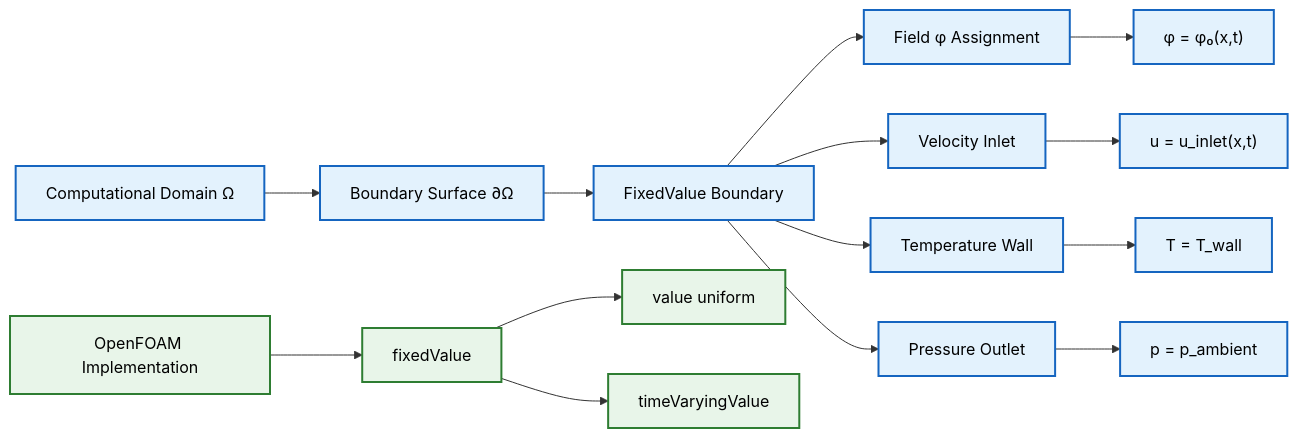
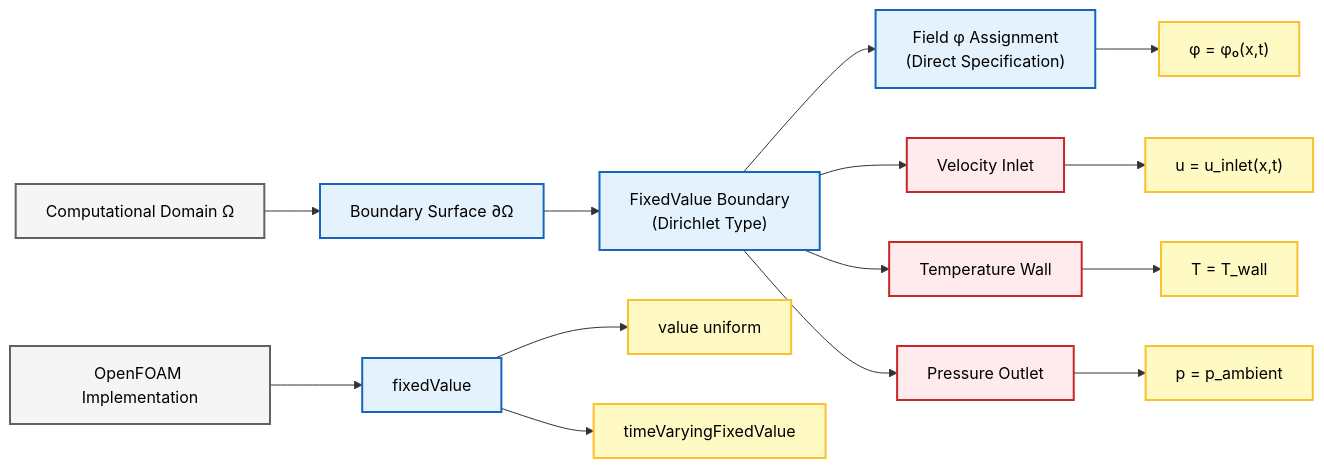
Before and after one commit to wramet/build-my-cfd: the second of 11 diagrams in MODULE_01_CFD_FUNDAMENTALS/CONTENT/03_BOUNDARY_CONDITIONS/02_Fundamental_Classification.md, drawn with Mermaid. The commit also changed other lines of this file and 313 other files, not shown here.

Commit message:
Revise all diagram

````diff
--- a/MODULE_01_CFD_FUNDAMENTALS/CONTENT/03_BOUNDARY_CONDITIONS/02_Fundamental_Classification.md
+++ b/MODULE_01_CFD_FUNDAMENTALS/CONTENT/03_BOUNDARY_CONDITIONS/02_Fundamental_Classification.md
@@ -152,26 +149,25 @@
 ```mermaid
 graph LR
-    A["Computational Domain Ω"] --> B["Boundary Surface ∂Ω"]
-    B --> C["FixedValue Boundary"]
-    C --> D["Field φ Assignment"]
-    D --> E["φ = φ₀(x,t)"]
+A["Computational Domain Ω"]:::context --> B["Boundary Surface ∂Ω"]:::implicit
+B --> C["FixedValue Boundary<br/>(Dirichlet Type)"]:::implicit
+C --> D["Field φ Assignment<br/>(Direct Specification)"]:::implicit
+D --> E["φ = φ₀(x,t)"]:::explicit
 
-    F["Velocity Inlet"] --> G["u = u_inlet(x,t)"]
-    H["Temperature Wall"] --> I["T = T_wall"]
-    J["Pressure Outlet"] --> K["p = p_ambient"]
+C --> F["Velocity Inlet"]:::volatile
+F --> G["u = u_inlet(x,t)"]:::explicit
 
-    C --> F
-    C --> H
-    C --> J
+C --> H["Temperature Wall"]:::volatile
+H --> I["T = T_wall"]:::explicit
 
-    L["OpenFOAM Implementation"] --> M["fixedValue"]
-    M --> N["value uniform <constant>"]
-    M --> O["timeVaryingValue <function>"]
+C --> J["Pressure Outlet"]:::volatile
+J --> K["p = p_ambient"]:::explicit
 
-    classDef process fill:#e3f2fd,stroke:#1565c0,stroke-width:2px,color:#000;
-    classDef decision fill:#fff9c4,stroke:#fbc02d,stroke-width:2px,color:#000;
-    classDef storage fill:#e8f5e9,stroke:#2e7d32,stroke-width:2px,color:#000;
+L["OpenFOAM Implementation"]:::context --> M["fixedValue"]:::implicit
+M --> N["value uniform <constant>"]:::explicit
+M --> O["timeVaryingFixedValue <function>"]:::explicit
 
-    class A,B,C,D,E,F,G,H,I,J,K process;
-    class L,M,N,O storage;
+classDef context fill:#f5f5f5,stroke:#616161,stroke-width:2px,color:#000;
+classDef implicit fill:#e3f2fd,stroke:#1565c0,stroke-width:2px,color:#000;
+classDef explicit fill:#fff9c4,stroke:#fbc02d,stroke-width:2px,color:#000;
+classDef volatile fill:#ffebee,stroke:#c62828,stroke-width:2px,color:#000;
 ```
````
